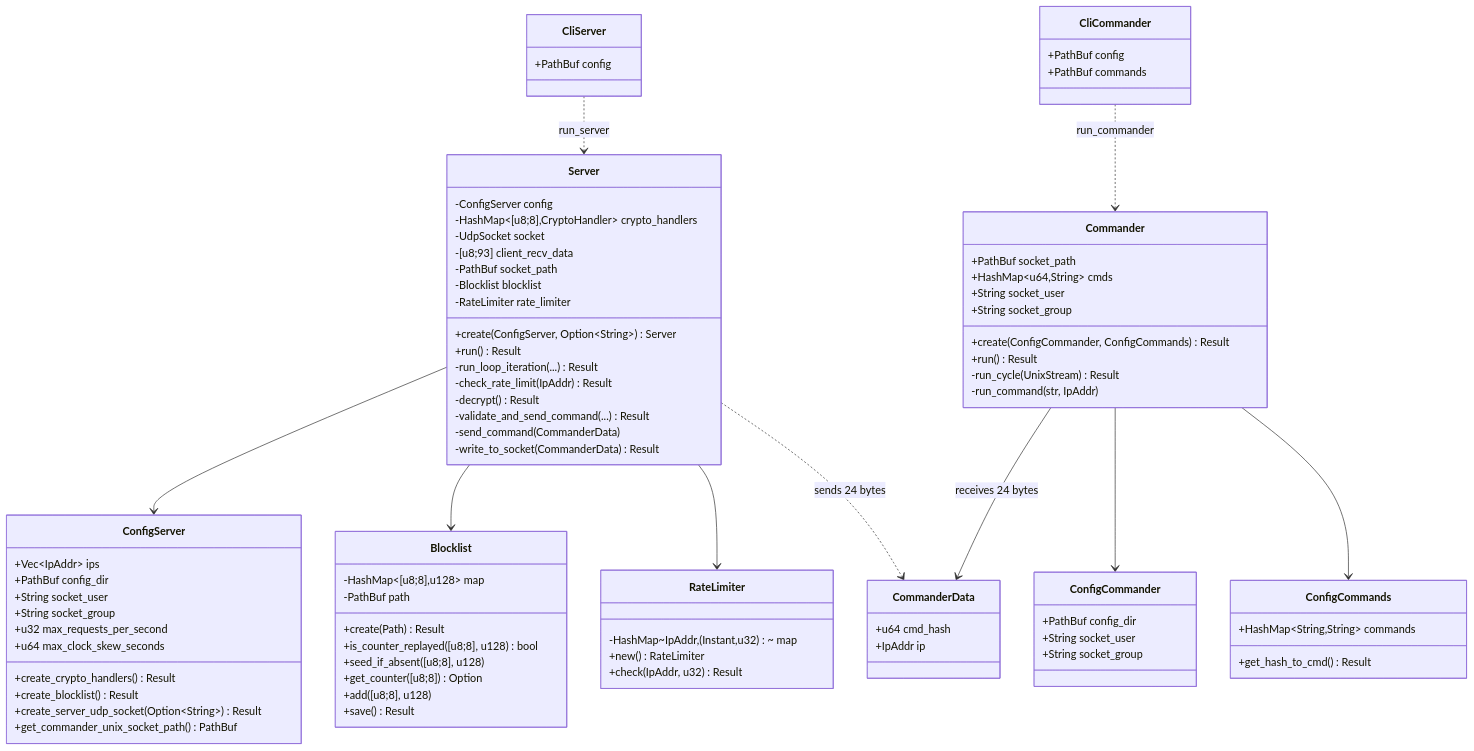
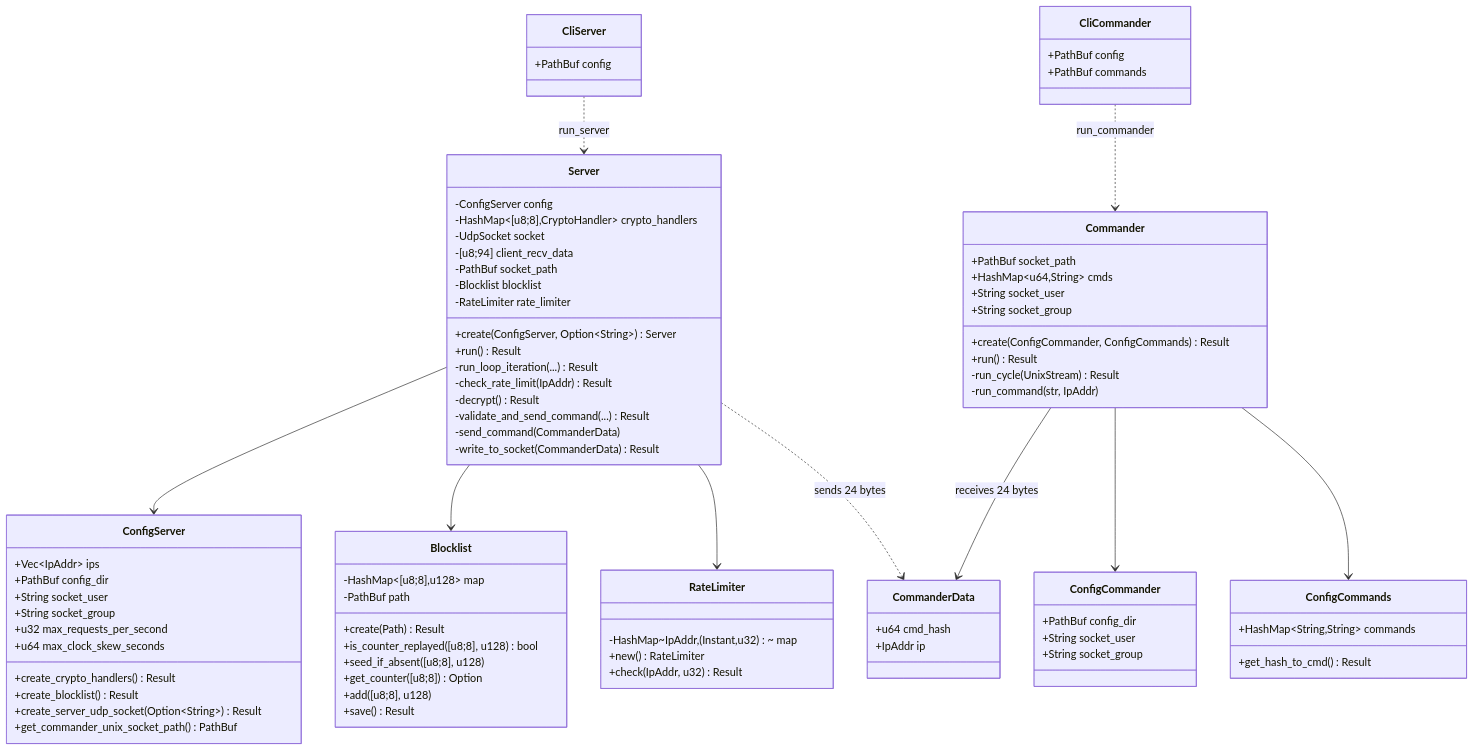
Before and after one commit to beac0n/ruroco: the first of 3 diagrams in docs/src/server/overview.md, drawn with Mermaid. The commit also changed other lines of this file and 15 other files, not shown here.

```diff
--- a/docs/src/server/overview.md
+++ b/docs/src/server/overview.md
@@ -43,7 +43,7 @@
         -ConfigServer config
         -HashMap~[u8;8],CryptoHandler~ crypto_handlers
         -UdpSocket socket
-        -[u8;93] client_recv_data
+        -[u8;94] client_recv_data
         -PathBuf socket_path
         -Blocklist blocklist
         -RateLimiter rate_limiter
```
